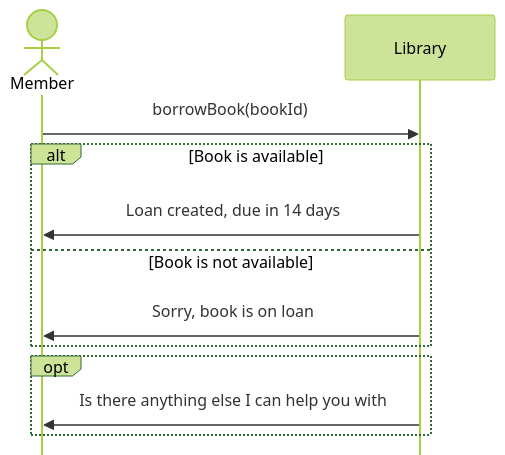
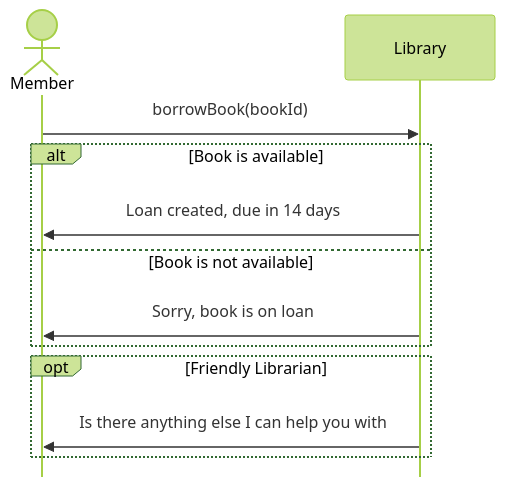
Before and after one commit to schaua/nh-design-26: the diagram in demos/05-uml-sequence-diagrams/concepts/alt-fragment.mmd, drawn with Mermaid (forest theme). The commit also changed 5 other files, not shown here.

```diff
--- a/demos/05-uml-sequence-diagrams/concepts/alt-fragment.mmd
+++ b/demos/05-uml-sequence-diagrams/concepts/alt-fragment.mmd
@@ -1,14 +1,14 @@
 %%{init: {'sequence': {'mirrorActors': false}}}%%
 sequenceDiagram
     actor M as Member
     participant L as Library
 
     M->>L: borrowBook(bookId)
     alt Book is available
         L->>M: Loan created, due in 14 days
     else Book is not available
         L->>M: Sorry, book is on loan
     end
-    opt
+    opt Friendly Librarian
         L->>M: Is there anything else I can help you with
     end
```
